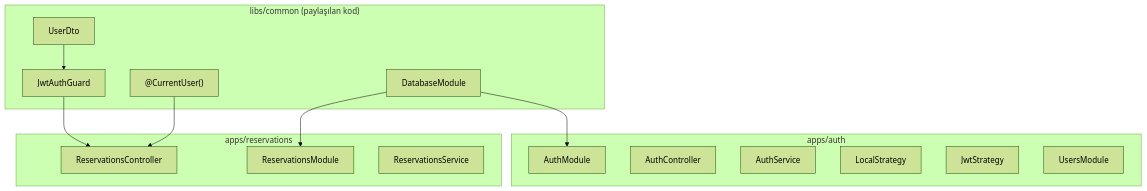
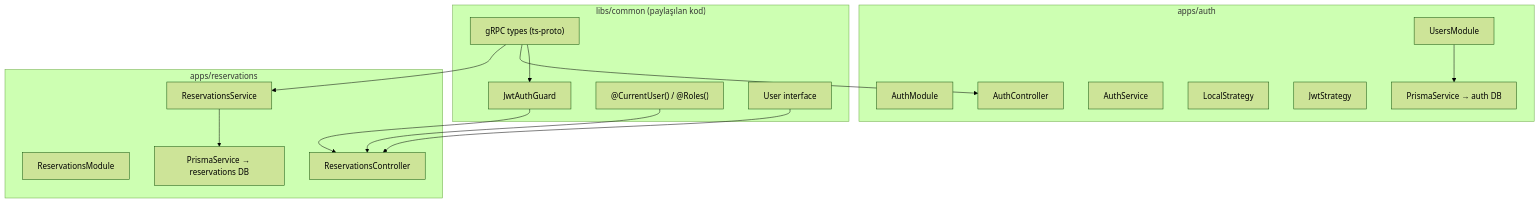
Before and after one commit to HuseyinKaraman/nestjs-microservice: the seventh of 7 diagrams in docs/ARCHITECTURE.md, drawn with Mermaid (forest theme). The commit also changed other lines of this file and 3 other files, not shown here.

First line of the commit message:
docs: update docs for Prisma/PostgreSQL and gRPC

````diff
--- a/docs/ARCHITECTURE.md
+++ b/docs/ARCHITECTURE.md
@@ -204,30 +229,35 @@
 ```mermaid
 graph TB
     subgraph "libs/common (paylaşılan kod)"
         LG["JwtAuthGuard"]
-        LD["@CurrentUser()"]
-        LDB["DatabaseModule"]
-        LDTO["UserDto"]
+        LD["@CurrentUser() / @Roles()"]
+        LT["gRPC types (ts-proto)"]
+        LI["User interface"]
     end
 
     subgraph "apps/auth"
         AM["AuthModule"]
         AC2["AuthController"]
         AS2["AuthService"]
         LS["LocalStrategy"]
         JS["JwtStrategy"]
         UM["UsersModule"]
+        AP2["PrismaService → auth DB"]
     end
 
     subgraph "apps/reservations"
         RM["ReservationsModule"]
         RC2["ReservationsController"]
         RS2["ReservationsService"]
+        RP2["PrismaService → reservations DB"]
     end
 
     LG --> RC2
     LD --> RC2
-    LDB --> AM
-    LDB --> RM
-    LDTO --> LG
+    LT --> LG
+    LT --> AC2
+    LT --> RS2
+    LI --> RC2
+    UM --> AP2
+    RS2 --> RP2
 ```
````
